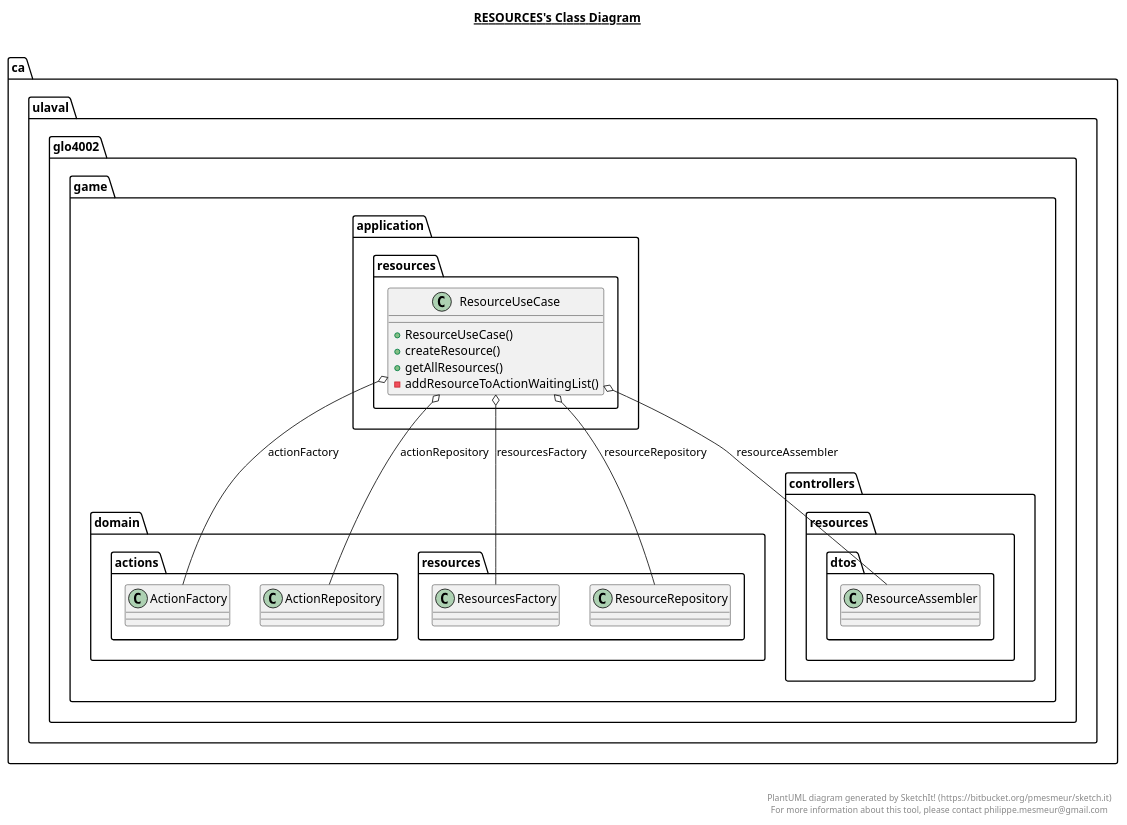
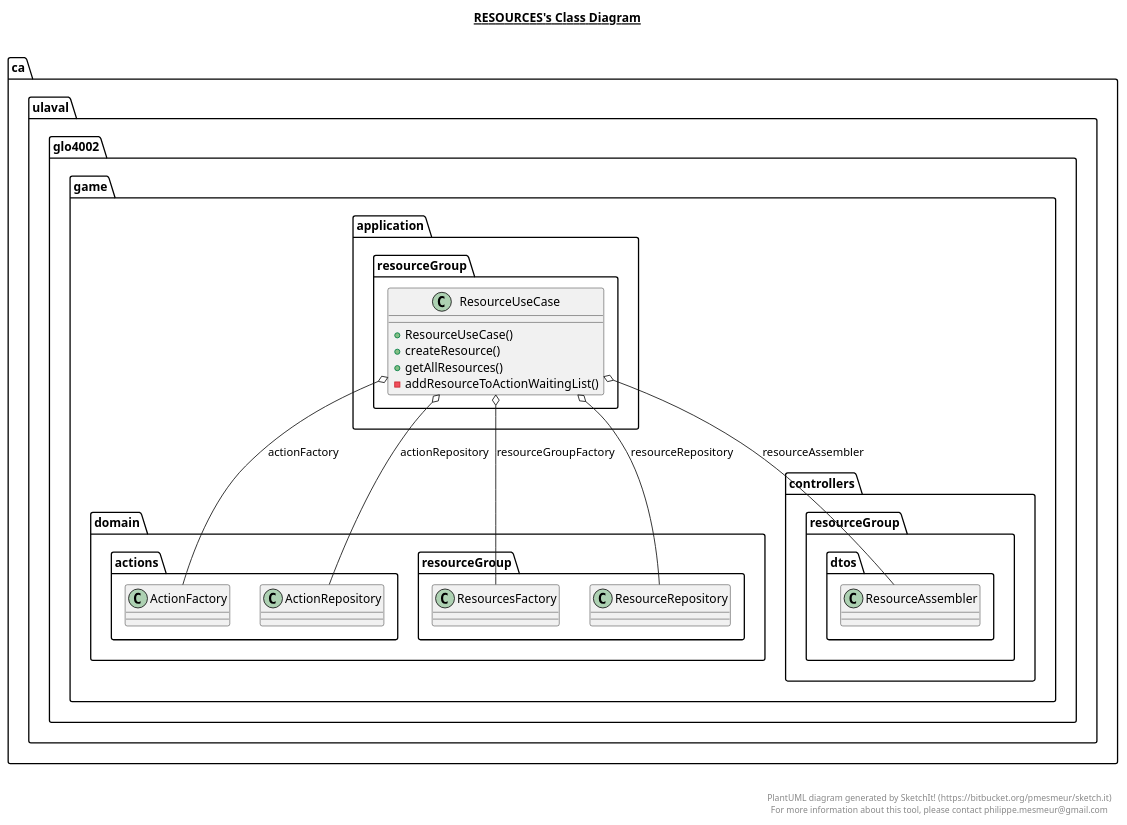
Before and after one commit to MALEC321/MEP7: the diagram in game-api/src/main/java/ca/ulaval/glo4002/game/application/resources/resources.plantuml, drawn with PlantUML. The commit also changed 26 other files, not shown here.

Commit message:
refactor Resources -> ResourceGroup

```diff
--- a/game-api/src/main/java/ca/ulaval/glo4002/game/application/resources/resources.plantuml
+++ b/game-api/src/main/java/ca/ulaval/glo4002/game/application/resources/resources.plantuml
@@ -1,31 +1,31 @@
 @startuml
 
 title __RESOURCES's Class Diagram__\n
 
     namespace ca.ulaval.glo4002.game {
-      namespace application.resources {
-        class ca.ulaval.glo4002.game.application.resources.ResourceUseCase {
+      namespace application.resourceGroup {
+        class ca.ulaval.glo4002.game.application.resourceGroup.ResourceUseCase {
             + ResourceUseCase()
             + createResource()
             + getAllResources()
             - addResourceToActionWaitingList()
         }
       }
     }
   
 
-  ca.ulaval.glo4002.game.application.resources.ResourceUseCase o-- ca.ulaval.glo4002.game.domain.actions.ActionFactory : actionFactory
-  ca.ulaval.glo4002.game.application.resources.ResourceUseCase o-- ca.ulaval.glo4002.game.domain.actions.ActionRepository : actionRepository
-  ca.ulaval.glo4002.game.application.resources.ResourceUseCase o-- ca.ulaval.glo4002.game.controllers.resources.dtos.ResourceAssembler : resourceAssembler
-  ca.ulaval.glo4002.game.application.resources.ResourceUseCase o-- ca.ulaval.glo4002.game.domain.resources.ResourcesFactory : resourcesFactory
-  ca.ulaval.glo4002.game.application.resources.ResourceUseCase o-- ca.ulaval.glo4002.game.domain.resources.ResourceRepository : resourceRepository
+  ca.ulaval.glo4002.game.application.resourceGroup.ResourceUseCase o-- ca.ulaval.glo4002.game.domain.actions.ActionFactory : actionFactory
+  ca.ulaval.glo4002.game.application.resourceGroup.ResourceUseCase o-- ca.ulaval.glo4002.game.domain.actions.ActionRepository : actionRepository
+  ca.ulaval.glo4002.game.application.resourceGroup.ResourceUseCase o-- ca.ulaval.glo4002.game.controllers.resourceGroup.dtos.ResourceAssembler : resourceAssembler
+  ca.ulaval.glo4002.game.application.resourceGroup.ResourceUseCase o-- ca.ulaval.glo4002.game.domain.resourceGroup.ResourcesFactory : resourceGroupFactory
+  ca.ulaval.glo4002.game.application.resourceGroup.ResourceUseCase o-- ca.ulaval.glo4002.game.domain.resourceGroup.ResourceRepository : resourceRepository
 
 
 right footer
 
 
 PlantUML diagram generated by SketchIt! (https://bitbucket.org/pmesmeur/sketch.it)
 For more information about this tool, please contact philippe.mesmeur@gmail.com
 endfooter
 
 @enduml
```
